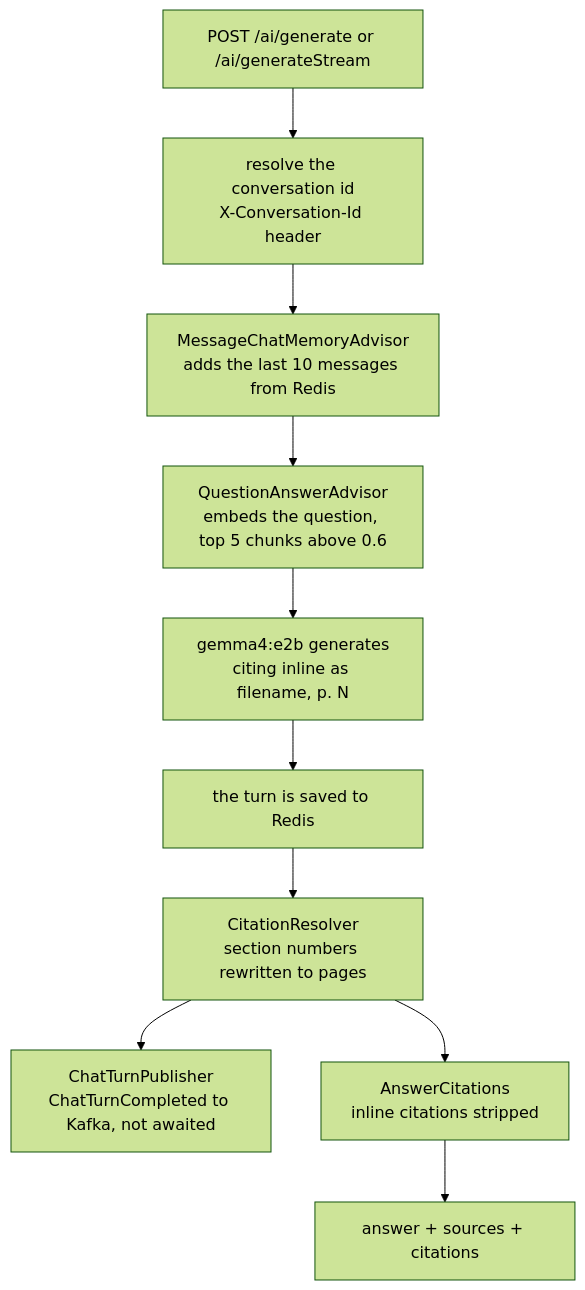
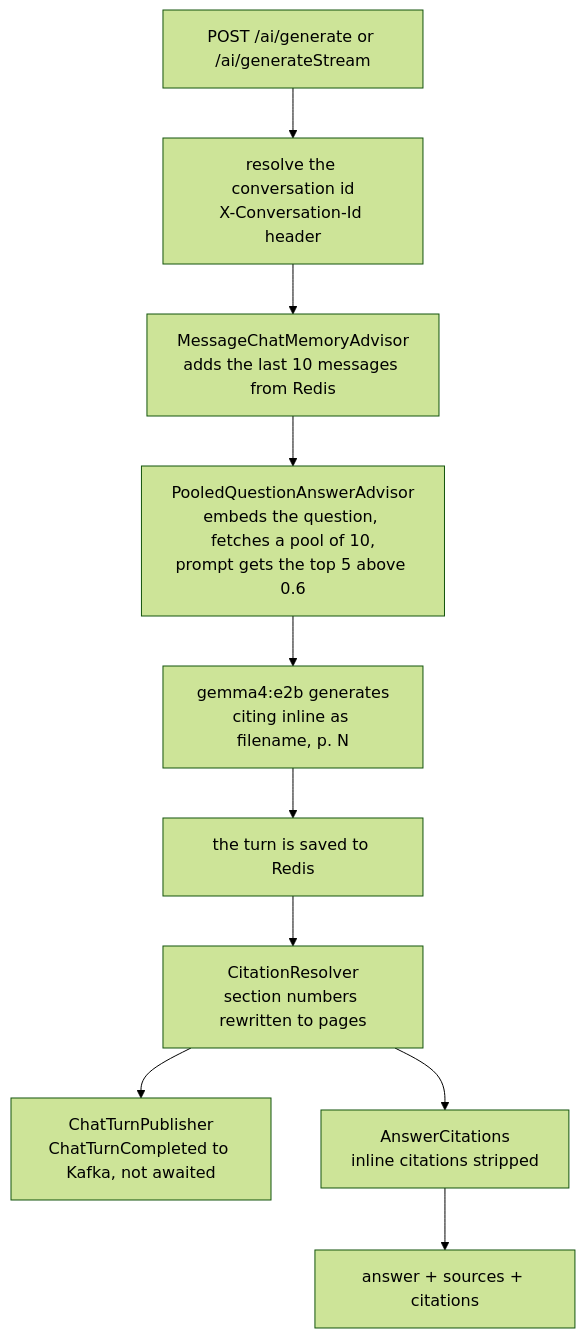
One commit to subhanmishra/spring-ai changed the diagram in ragr-app/README.md. Above: the diagram before and after it, drawn with Mermaid (forest theme). The commit also changed other lines of this file and 78 other files, not shown here.

````diff
--- a/ragr-app/README.md
+++ b/ragr-app/README.md
@@ -12,12 +12,12 @@
 ```mermaid
 flowchart TD
     req[POST /ai/generate or /ai/generateStream] --> id[resolve the conversation id<br/>X-Conversation-Id header]
     id --> mem[MessageChatMemoryAdvisor<br/>adds the last 10 messages from Redis]
-    mem --> qa[QuestionAnswerAdvisor<br/>embeds the question, top 5 chunks above 0.6]
+    mem --> qa[PooledQuestionAnswerAdvisor<br/>embeds the question, fetches a pool of 10,<br/>prompt gets the top 5 above 0.6]
     qa --> gen[gemma4:e2b generates<br/>citing inline as filename, p. N]
     gen --> save[the turn is saved to Redis]
     save --> res[CitationResolver<br/>section numbers rewritten to pages]
     res --> pub[ChatTurnPublisher<br/>ChatTurnCompleted to Kafka, not awaited]
     res --> strip[AnswerCitations<br/>inline citations stripped]
     strip --> out[answer + sources + citations]
 ```
````
